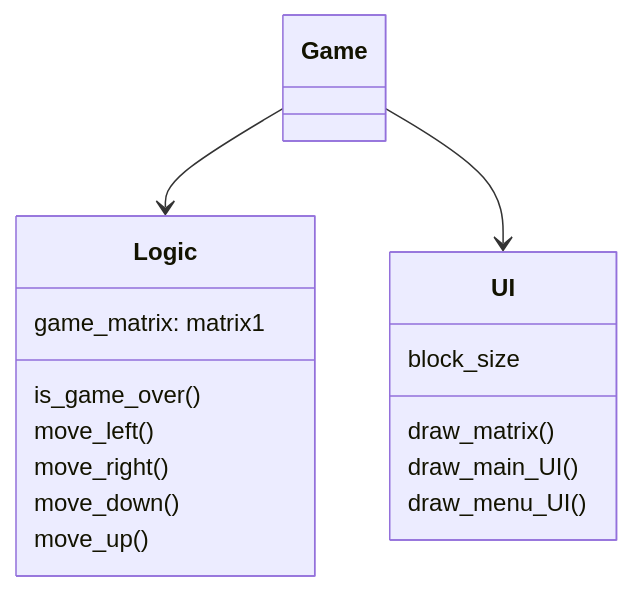
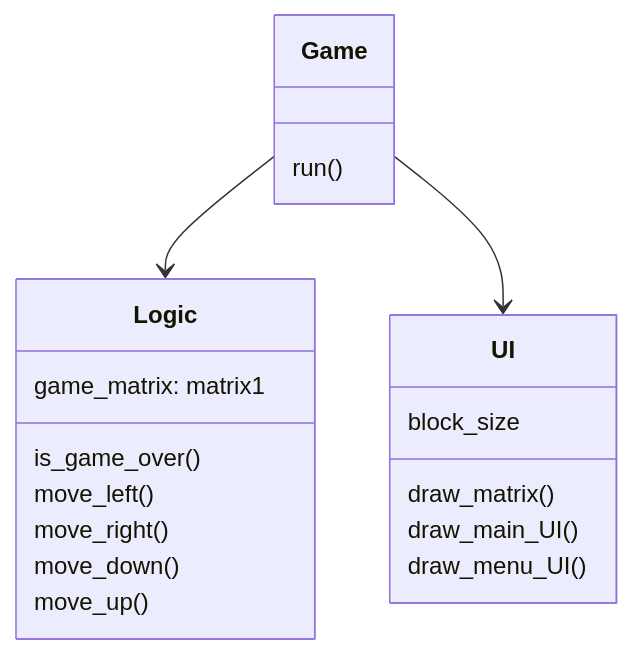
The diagram in Dokumentaatio/arkkitehtuuri.md (Jusq17/ot-harjoitustyo), drawn with Mermaid before and after one commit.

````diff
--- a/Dokumentaatio/arkkitehtuuri.md
+++ b/Dokumentaatio/arkkitehtuuri.md
@@ -4,29 +4,29 @@
 ```mermaid
 
   classDiagram
   
   Game --> Logic
   Game --> UI
   
   class Game{
-  
+     run()
   }
   
   class Logic{
     game_matrix: matrix1
     
     is_game_over()
     move_left()
     move_right()
     move_down()
     move_up()
   }
   
   class UI{
     block_size
     draw_matrix()
     draw_main_UI()
     draw_menu_UI()
   }
 
 ```
````
